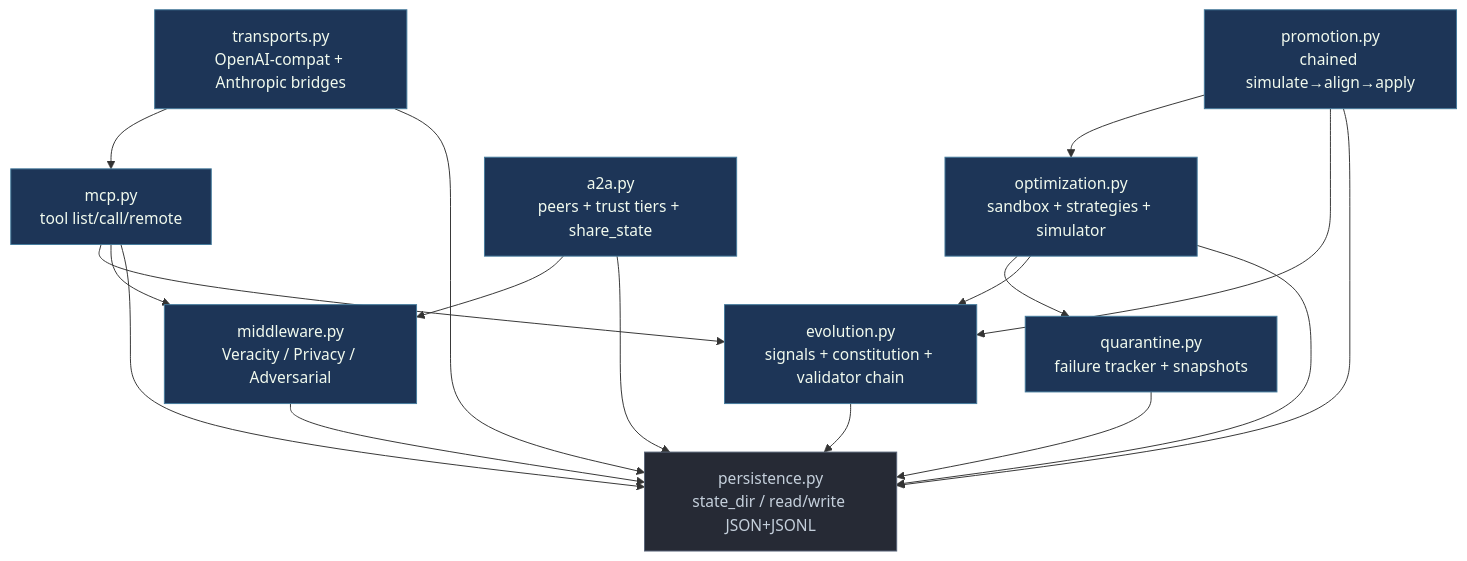
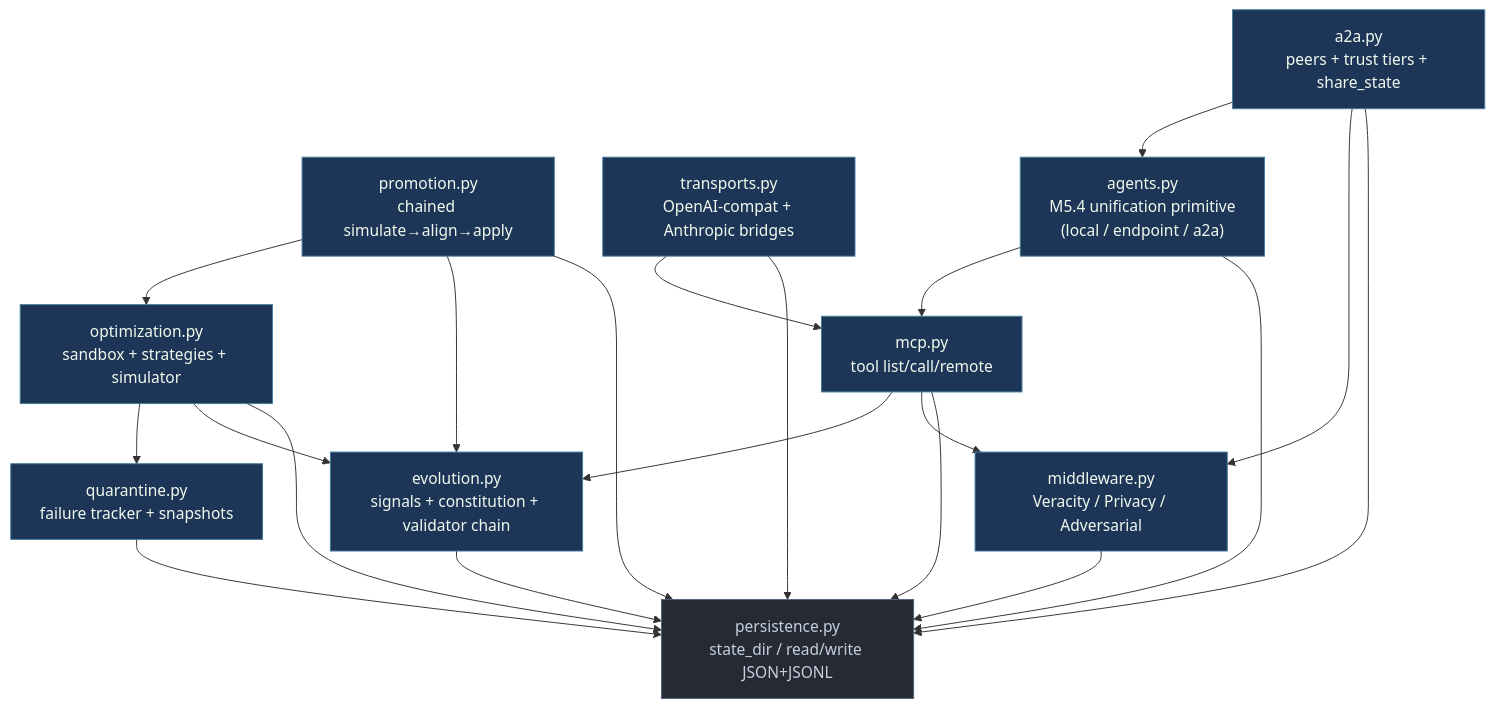
The sixth of 8 diagrams in docs/proactive-architecture.md (dibenedetto/numel-playground), drawn with Mermaid before and after one commit. The commit also changed other lines of this file and 2 other files, not shown here.

First line of the commit message:
docs: reflect the unified Capability model in guide + architecture

````diff
--- a/docs/proactive-architecture.md
+++ b/docs/proactive-architecture.md
@@ -259,33 +261,37 @@
 ```mermaid
 flowchart TB
     classDef root  fill:#262a35,stroke:#586478,color:#c5d0dc
     classDef mod   fill:#1d3557,stroke:#457b9d,color:#f1faee
 
     PER["persistence.py<br/>state_dir / read/write JSON+JSONL"]:::root
 
     MID["middleware.py<br/>Veracity / Privacy / Adversarial"]:::mod
     QUAR["quarantine.py<br/>failure tracker + snapshots"]:::mod
     EV["evolution.py<br/>signals + constitution + validator chain"]:::mod
     OPT["optimization.py<br/>sandbox + strategies + simulator"]:::mod
     PROMO["promotion.py<br/>chained simulate→align→apply"]:::mod
     MCP["mcp.py<br/>tool list/call/remote"]:::mod
     A2A["a2a.py<br/>peers + trust tiers + share_state"]:::mod
     TRN["transports.py<br/>OpenAI-compat + Anthropic bridges"]:::mod
+    AGT["agents.py<br/>M5.4 unification primitive<br/>(local / endpoint / a2a)"]:::mod
 
     MID --> PER
     QUAR --> PER
     EV --> PER
     OPT --> PER
     OPT --> EV
     OPT --> QUAR
     PROMO --> PER
     PROMO --> EV
     PROMO --> OPT
     MCP --> PER
     MCP --> MID
     MCP --> EV
     A2A --> PER
     A2A --> MID
+    A2A --> AGT
     TRN --> PER
     TRN --> MCP
+    AGT --> PER
+    AGT --> MCP
 ```
````
